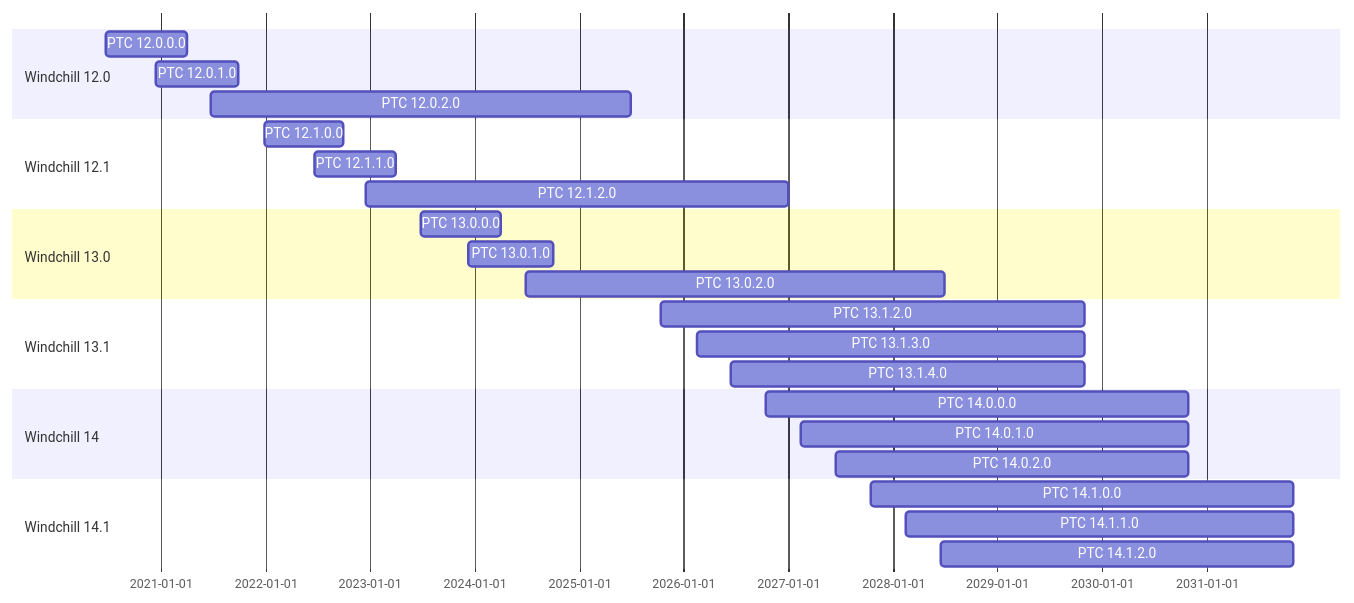
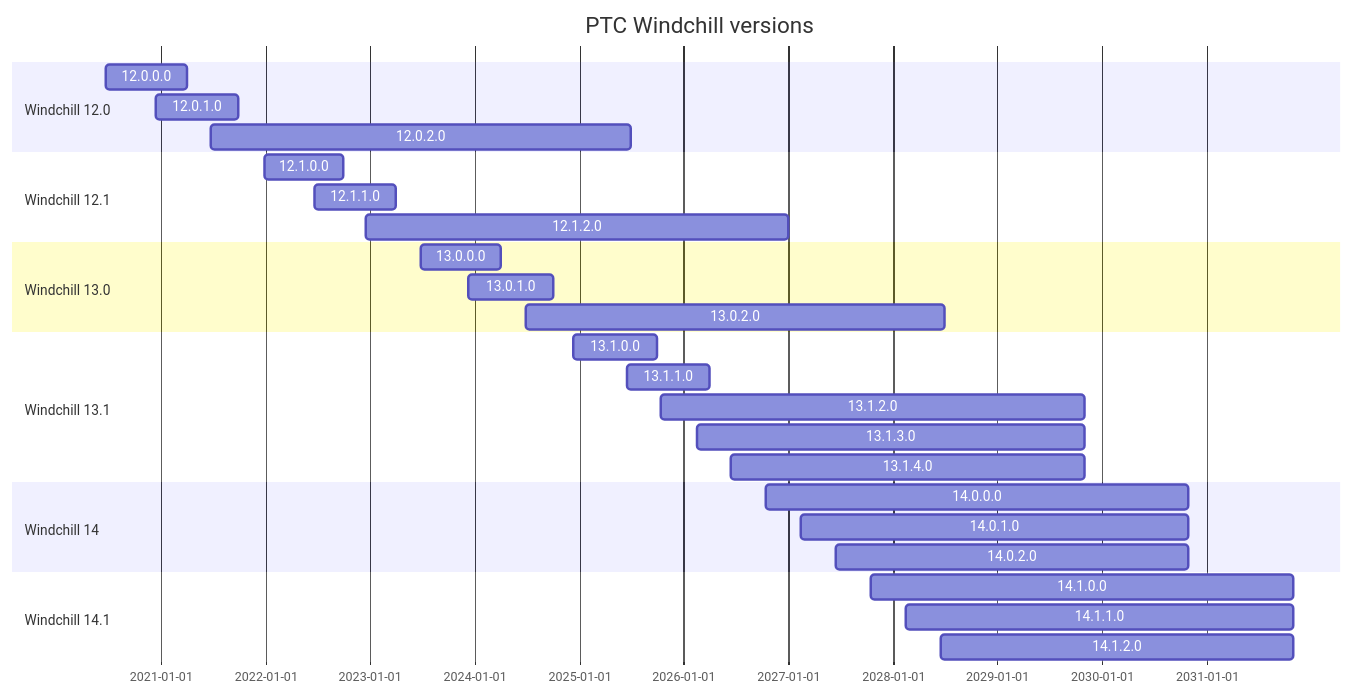
The eighth of 8 diagrams in README.md (kendid/text-tests), drawn with Mermaid before and after one commit.

Commit message:
Update Gantt

````diff
--- a/README.md
+++ b/README.md
@@ -174,34 +174,38 @@
 ```mermaid
 gantt
+    title PTC Windchill versions
     dateFormat YYYY-MM-DD
+	todayMarker off
 
 section Windchill 12.0
-    PTC 12.0.0.0 : 2020-06-22, 2021-03-31
-    PTC 12.0.1.0 : 2020-12-15, 2021-09-30
-    PTC 12.0.2.0 : 2021-06-23, 2025-06-30
+    12.0.0.0 : 2020-06-22, 2021-03-31
+    12.0.1.0 : 2020-12-15, 2021-09-30
+    12.0.2.0 : 2021-06-23, 2025-06-30
 
 section Windchill 12.1
-    PTC 12.1.0.0 : 2021-12-29, 2022-09-30
-    PTC 12.1.1.0 : 2022-06-21, 2023-03-31
-    PTC 12.1.2.0 : 2022-12-19, 2026-12-30
+    12.1.0.0 : 2021-12-29, 2022-09-30
+    12.1.1.0 : 2022-06-21, 2023-03-31
+    12.1.2.0 : 2022-12-19, 2026-12-30
 
 section Windchill 13.0
-    PTC 13.0.0.0 : 2023-06-26, 2024-03-31
-    PTC 13.0.1.0 : 2023-12-11, 2024-09-30
-    PTC 13.0.2.0 : 2024-06-28, 2028-06-30
+    13.0.0.0 : 2023-06-26, 2024-03-31
+    13.0.1.0 : 2023-12-11, 2024-09-30
+    13.0.2.0 : 2024-06-28, 2028-06-30
 
 section Windchill 13.1
-    PTC 13.1.2.0 : 2025-10-13, 2029-10-31
-    PTC 13.1.3.0 : 2026-02-17, 2029-10-31
-    PTC 13.1.4.0 : 2026-06-15, 2029-10-31
+    13.1.0.0 : 2024-12-13, 2025-09-30
+	13.1.1.0 : 2025-06-18, 2026-03-31
+    13.1.2.0 : 2025-10-13, 2029-10-31
+    13.1.3.0 : 2026-02-17, 2029-10-31
+    13.1.4.0 : 2026-06-15, 2029-10-31
 
 section Windchill 14
-    PTC 14.0.0.0 : 2026-10-15, 2030-10-31
-    PTC 14.0.1.0 : 2027-02-15, 2030-10-31
-    PTC 14.0.2.0 : 2027-06-15, 2030-10-31
+    14.0.0.0 : 2026-10-15, 2030-10-31
+    14.0.1.0 : 2027-02-15, 2030-10-31
+    14.0.2.0 : 2027-06-15, 2030-10-31
 
 section Windchill 14.1
-    PTC 14.1.0.0 : 2027-10-15, 2031-10-31
-    PTC 14.1.1.0 : 2028-02-15, 2031-10-31
-    PTC 14.1.2.0 : 2028-06-15, 2031-10-31
+    14.1.0.0 : 2027-10-15, 2031-10-31
+    14.1.1.0 : 2028-02-15, 2031-10-31
+    14.1.2.0 : 2028-06-15, 2031-10-31
 ```
````
